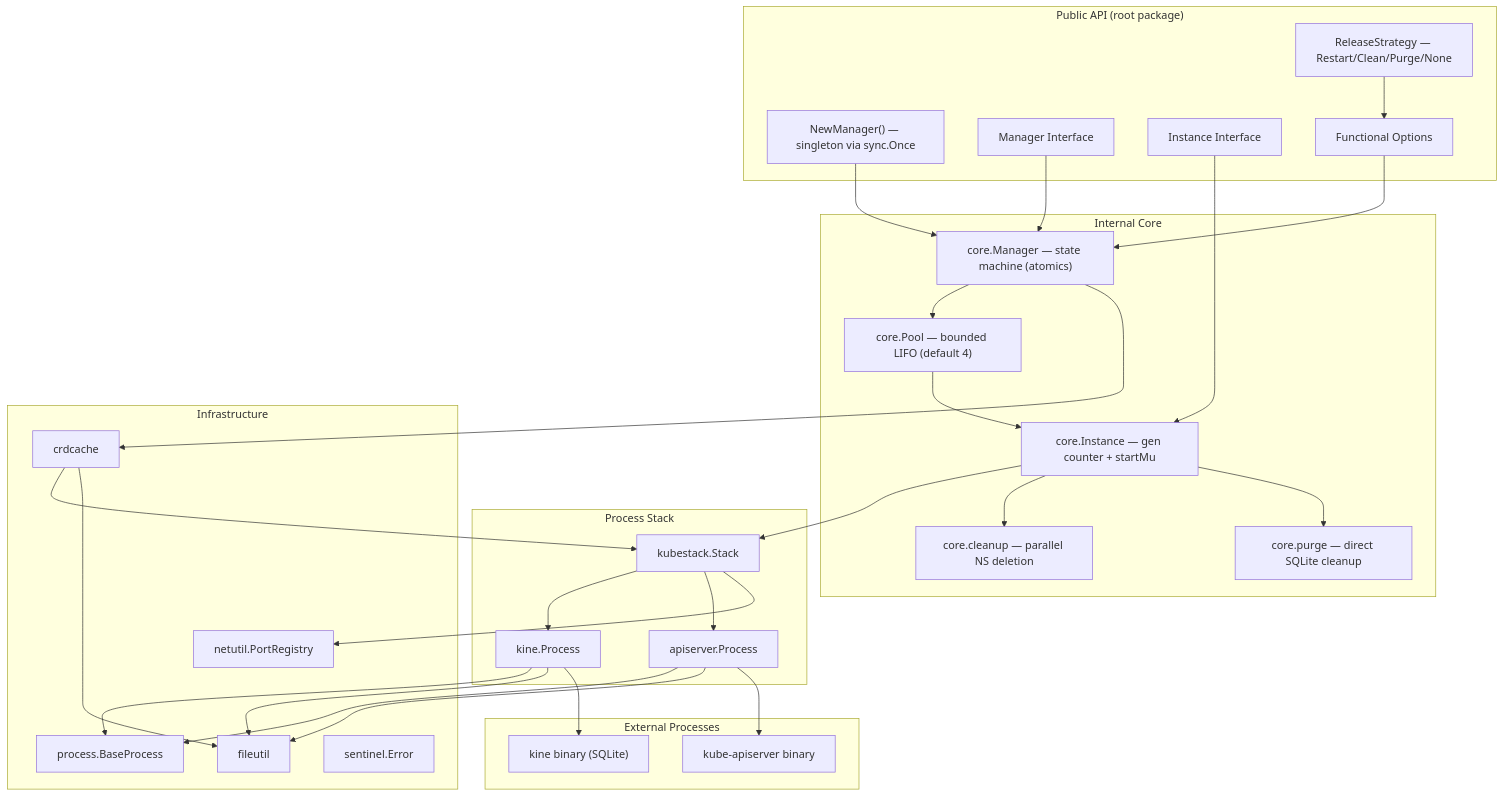
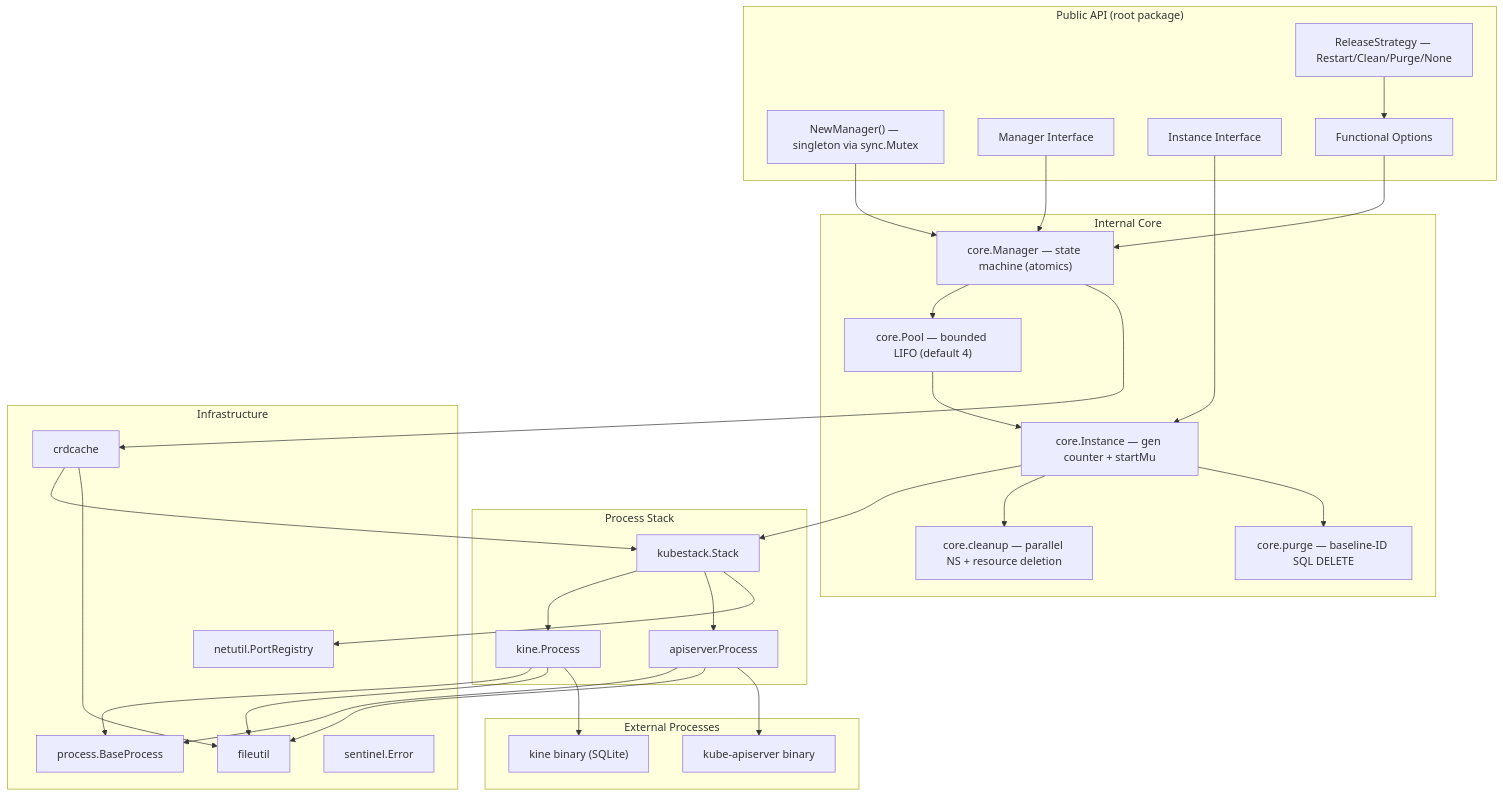
Before and after one commit to giantswarm/k8senv: the first of 4 diagrams in docs/CODEBASE_MAP.md, drawn with Mermaid. The commit also changed other lines of this file, not shown here.

````diff
--- a/docs/CODEBASE_MAP.md
+++ b/docs/CODEBASE_MAP.md
@@ -15,65 +15,65 @@
 ```mermaid
 graph TB
     subgraph "Public API (root package)"
-        Factory["NewManager() — singleton via sync.Once"]
+        Factory["NewManager() — singleton via sync.Mutex"]
         MI[Manager Interface]
         II[Instance Interface]
         Opts[Functional Options]
         Strat["ReleaseStrategy — Restart/Clean/Purge/None"]
     end
 
     subgraph "Internal Core"
         Mgr["core.Manager — state machine (atomics)"]
         Pool["core.Pool — bounded LIFO (default 4)"]
         Inst["core.Instance — gen counter + startMu"]
-        Clean["core.cleanup — parallel NS deletion"]
-        Purge["core.purge — direct SQLite cleanup"]
+        Clean["core.cleanup — parallel NS + resource deletion"]
+        Purge["core.purge — baseline-ID SQL DELETE"]
     end
 
     subgraph "Process Stack"
         Stack[kubestack.Stack]
         Kine[kine.Process]
         API[apiserver.Process]
     end
 
     subgraph "Infrastructure"
         Proc[process.BaseProcess]
         Net["netutil.PortRegistry"]
         File[fileutil]
         CRD[crdcache]
         Sentinel[sentinel.Error]
     end
 
     subgraph "External Processes"
         KineBin["kine binary (SQLite)"]
         APIBin["kube-apiserver binary"]
     end
 
     Factory --> Mgr
     MI --> Mgr
     II --> Inst
     Opts --> Mgr
     Strat --> Opts
 
     Mgr --> Pool
     Pool --> Inst
     Inst --> Stack
     Inst --> Clean
     Inst --> Purge
 
     Stack --> Kine
     Stack --> API
     Stack --> Net
 
     Kine --> Proc
     API --> Proc
     Kine --> File
     API --> File
 
     Kine --> KineBin
     API --> APIBin
 
     Mgr --> CRD
     CRD --> Stack
     CRD --> File
 ```
````
